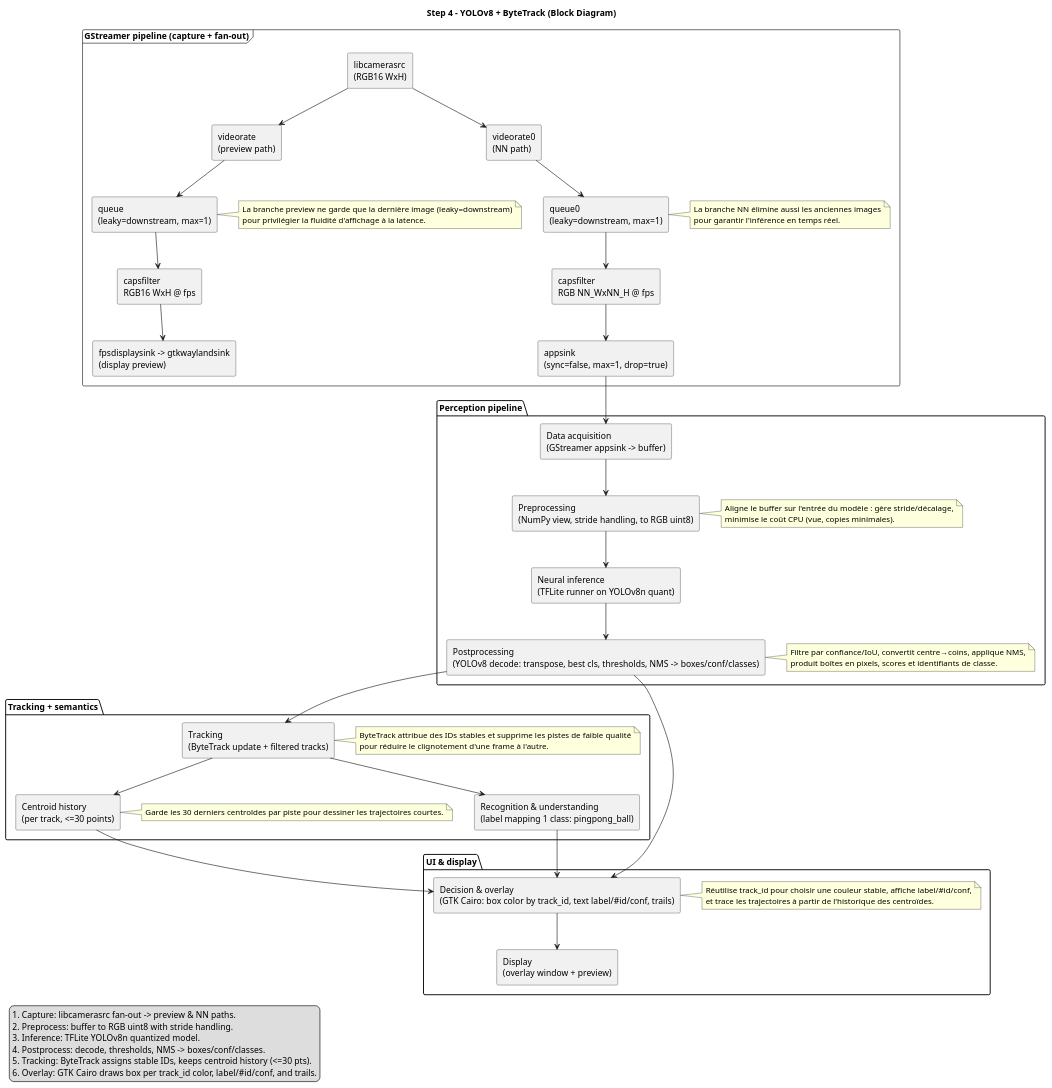
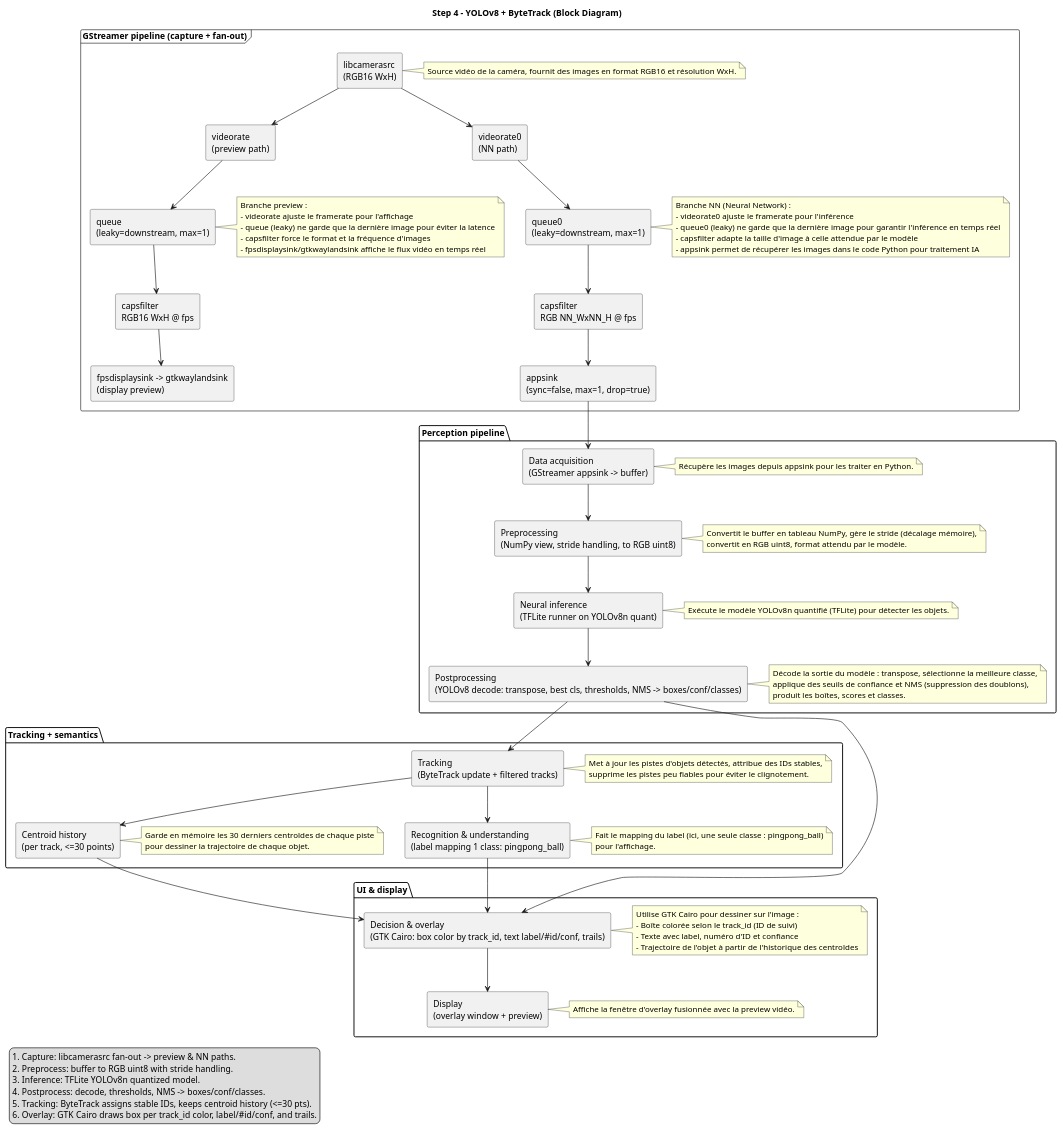
Before and after one commit to theox33/embedded-AI: the diagram in step4/block_diagram.plantuml, drawn with PlantUML.

Commit message:
Ajout des notes explicatives dans le block diagram

```diff
--- a/step4/block_diagram.plantuml
+++ b/step4/block_diagram.plantuml
@@ -1,107 +1,138 @@
 @startuml
 top to bottom direction
 skinparam componentStyle rectangle
 skinparam shadowing false
 
 ' Step 4: YOLOv8 pingpong + ByteTrack tracking
 ' High-level block diagram with GStreamer pipeline and processing steps
 
 title Step 4 - YOLOv8 + ByteTrack (Block Diagram)
 
 frame "GStreamer pipeline (capture + fan-out)" {
   [libcamerasrc\n(RGB16 WxH)] as cam
   [videorate\n(preview path)] as vrate_preview
   [queue\n(leaky=downstream, max=1)] as queue_preview
   [capsfilter\nRGB16 WxH @ fps] as caps_preview
   [fpsdisplaysink -> gtkwaylandsink\n(display preview)] as display
 
   [videorate0\n(NN path)] as vrate_nn
   [queue0\n(leaky=downstream, max=1)] as queue_nn
   [capsfilter\nRGB NN_WxNN_H @ fps] as caps_nn
   [appsink\n(sync=false, max=1, drop=true)] as appsink
 
+  note right of cam
+    Source vidéo de la caméra, fournit des images en format RGB16 et résolution WxH.
+  end note
+
   note right of queue_preview
-    La branche preview ne garde que la dernière image (leaky=downstream)
-    pour privilégier la fluidité d'affichage à la latence.
+    Branche preview :
+    - videorate ajuste le framerate pour l'affichage
+    - queue (leaky) ne garde que la dernière image pour éviter la latence
+    - capsfilter force le format et la fréquence d'images
+    - fpsdisplaysink/gtkwaylandsink affiche le flux vidéo en temps réel
   end note
 
   note right of queue_nn
-    La branche NN élimine aussi les anciennes images
-    pour garantir l'inférence en temps réel.
+    Branche NN (Neural Network) :
+    - videorate0 ajuste le framerate pour l'inférence
+    - queue0 (leaky) ne garde que la dernière image pour garantir l'inférence en temps réel
+    - capsfilter adapte la taille d'image à celle attendue par le modèle
+    - appsink permet de récupérer les images dans le code Python pour traitement IA
   end note
 
   cam --> vrate_preview
   vrate_preview --> queue_preview
   queue_preview --> caps_preview
   caps_preview --> display
 
   cam --> vrate_nn
   vrate_nn --> queue_nn
   queue_nn --> caps_nn
   caps_nn --> appsink
 }
 
 package "Perception pipeline" {
   [Data acquisition\n(GStreamer appsink -> buffer)] as acquisition
   [Preprocessing\n(NumPy view, stride handling, to RGB uint8)] as preprocessing
   [Neural inference\n(TFLite runner on YOLOv8n quant)] as inference
   [Postprocessing\n(YOLOv8 decode: transpose, best cls, thresholds, NMS -> boxes/conf/classes)] as postproc
 
+  note right of acquisition
+    Récupère les images depuis appsink pour les traiter en Python.
+  end note
+
   note right of preprocessing
-    Aligne le buffer sur l'entrée du modèle : gère stride/décalage,
-    minimise le coût CPU (vue, copies minimales).
+    Convertit le buffer en tableau NumPy, gère le stride (décalage mémoire),
+    convertit en RGB uint8, format attendu par le modèle.
+  end note
+
+  note right of inference
+    Exécute le modèle YOLOv8n quantifié (TFLite) pour détecter les objets.
   end note
 
   note right of postproc
-    Filtre par confiance/IoU, convertit centre→coins, applique NMS,
-    produit boîtes en pixels, scores et identifiants de classe.
+    Décode la sortie du modèle : transpose, sélectionne la meilleure classe,
+    applique des seuils de confiance et NMS (suppression des doublons),
+    produit les boîtes, scores et classes.
   end note
 }
 
 package "Tracking + semantics" {
   [Tracking\n(ByteTrack update + filtered tracks)] as tracking
   [Centroid history\n(per track, <=30 points)] as history
   [Recognition & understanding\n(label mapping 1 class: pingpong_ball)] as recognition
 
   note right of tracking
-    ByteTrack attribue des IDs stables et supprime les pistes de faible qualité
-    pour réduire le clignotement d'une frame à l'autre.
+    Met à jour les pistes d'objets détectés, attribue des IDs stables,
+    supprime les pistes peu fiables pour éviter le clignotement.
   end note
 
   note right of history
-    Garde les 30 derniers centroïdes par piste pour dessiner les trajectoires courtes.
+    Garde en mémoire les 30 derniers centroïdes de chaque piste
+    pour dessiner la trajectoire de chaque objet.
+  end note
+
+  note right of recognition
+    Fait le mapping du label (ici, une seule classe : pingpong_ball)
+    pour l'affichage.
   end note
 }
 
 package "UI & display" {
   [Decision & overlay\n(GTK Cairo: box color by track_id, text label/#id/conf, trails)] as overlay
   [Display\n(overlay window + preview)] as display_out
 
   note right of overlay
-    Réutilise track_id pour choisir une couleur stable, affiche label/#id/conf,
-    et trace les trajectoires à partir de l'historique des centroïdes.
+    Utilise GTK Cairo pour dessiner sur l'image :
+    - Boîte colorée selon le track_id (ID de suivi)
+    - Texte avec label, numéro d'ID et confiance
+    - Trajectoire de l'objet à partir de l'historique des centroïdes
+  end note
+
+  note right of display_out
+    Affiche la fenêtre d'overlay fusionnée avec la preview vidéo.
   end note
 }
 
 appsink --> acquisition
 acquisition --> preprocessing
 preprocessing --> inference
 inference --> postproc
 postproc --> tracking
 tracking --> history
 tracking --> recognition
 history --> overlay
 recognition --> overlay
 postproc --> overlay
 overlay --> display_out
 
 legend left
   # Capture: libcamerasrc fan-out -> preview & NN paths.
   # Preprocess: buffer to RGB uint8 with stride handling.
   # Inference: TFLite YOLOv8n quantized model.
   # Postprocess: decode, thresholds, NMS -> boxes/conf/classes.
   # Tracking: ByteTrack assigns stable IDs, keeps centroid history (<=30 pts).
   # Overlay: GTK Cairo draws box per track_id color, label/#id/conf, and trails.
 endlegend
 
 @enduml
```
